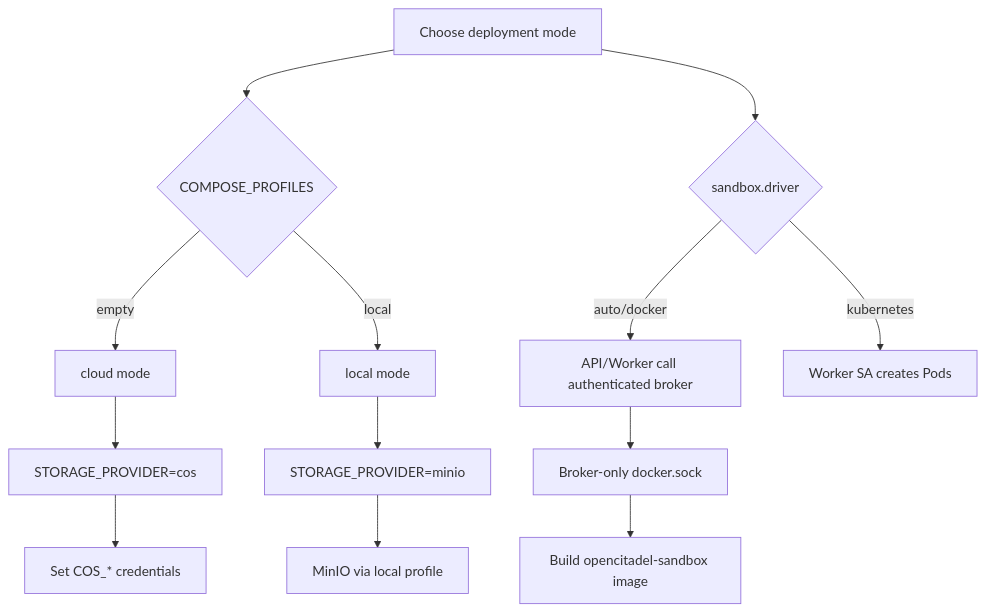
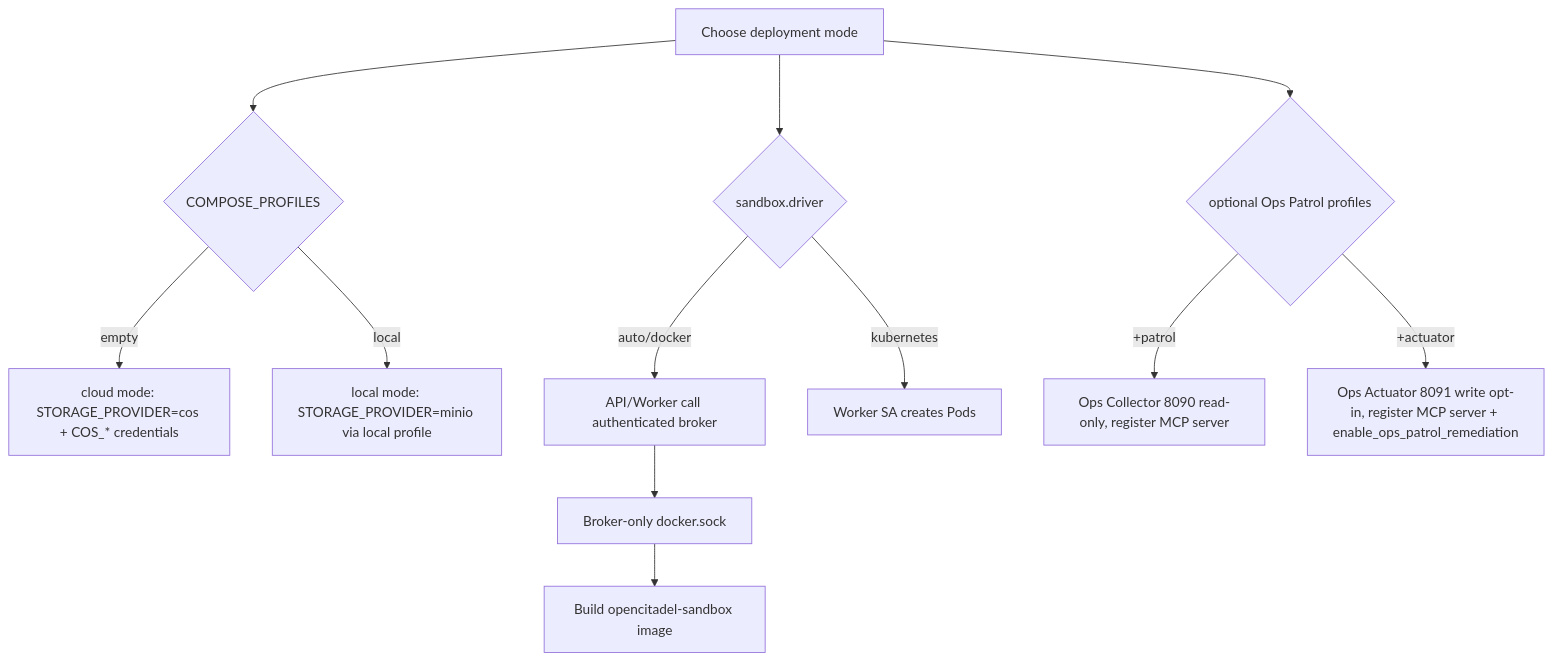
Before and after one commit to OceaLong/opencitadel: the diagram in docs/operations/deployment.md, drawn with Mermaid. The commit also changed other lines of this file and 375 other files, not shown here.

First line of the commit message:
feat(ops-patrol): add remediation support for Ops Patrol

````diff
--- a/docs/operations/deployment.md
+++ b/docs/operations/deployment.md
@@ -141,15 +141,14 @@
 ```mermaid
 flowchart TD
   Start["Choose deployment mode"] --> Profile{"COMPOSE_PROFILES"}
-  Profile -->|"empty"| Cloud["cloud mode"]
-  Profile -->|"local"| Local["local mode"]
-  Cloud --> Cos["STORAGE_PROVIDER=cos"]
-  Local --> Minio["STORAGE_PROVIDER=minio"]
-  Cos --> CosCreds["Set COS_* credentials"]
-  Minio --> MinioUp["MinIO via local profile"]
+  Profile -->|"empty"| Cloud["cloud mode: STORAGE_PROVIDER=cos + COS_* credentials"]
+  Profile -->|"local"| Local["local mode: STORAGE_PROVIDER=minio via local profile"]
   Start --> SandboxDriver{"sandbox.driver"}
   SandboxDriver -->|"auto/docker"| Broker["API/Worker call authenticated broker"]
   SandboxDriver -->|"kubernetes"| K8sRBAC["Worker SA creates Pods"]
   Broker --> DockerSock["Broker-only docker.sock"]
   DockerSock --> BuildImg["Build opencitadel-sandbox image"]
+  Start --> OpsPatrol{"optional Ops Patrol profiles"}
+  OpsPatrol -->|"+patrol"| Collector["Ops Collector 8090 read-only, register MCP server"]
+  OpsPatrol -->|"+actuator"| Actuator["Ops Actuator 8091 write opt-in, register MCP server + enable_ops_patrol_remediation"]
 ```
````
